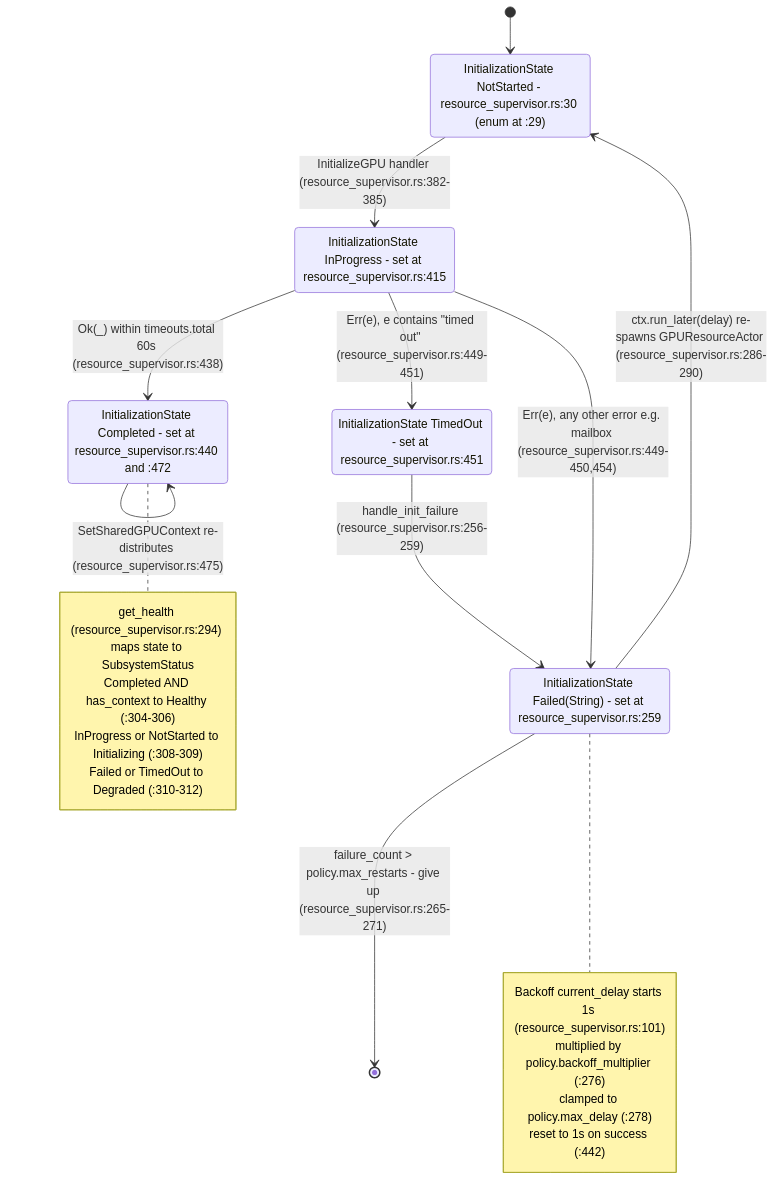
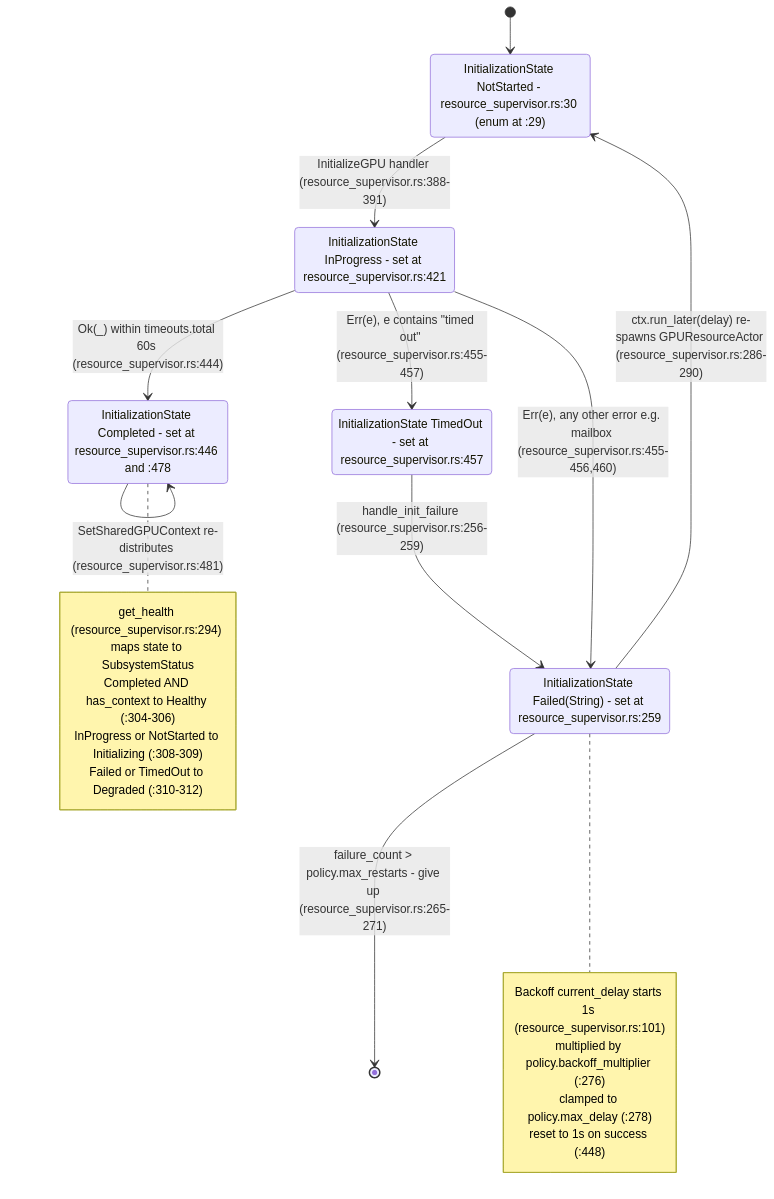
Before and after one commit to DreamLab-AI/VisionFlow: the fourth of 8 diagrams in docs/diagrams/visionclaw/10-gpu-supervision-and-context-bus.md, drawn with Mermaid. The commit also changed other lines of this file and 160 other files, not shown here.

````diff
--- a/docs/diagrams/visionclaw/10-gpu-supervision-and-context-bus.md
+++ b/docs/diagrams/visionclaw/10-gpu-supervision-and-context-bus.md
@@ -173,31 +174,31 @@
 ```mermaid
 stateDiagram-v2
     [*] --> NotStarted
     NotStarted: InitializationState NotStarted - resource_supervisor.rs:30 (enum at :29)
-    InProgress: InitializationState InProgress - set at resource_supervisor.rs:415
-    Completed: InitializationState Completed - set at resource_supervisor.rs:440 and :472
+    InProgress: InitializationState InProgress - set at resource_supervisor.rs:421
+    Completed: InitializationState Completed - set at resource_supervisor.rs:446 and :478
     Failed: InitializationState Failed(String) - set at resource_supervisor.rs:259
-    TimedOut: InitializationState TimedOut - set at resource_supervisor.rs:451
+    TimedOut: InitializationState TimedOut - set at resource_supervisor.rs:457
 
-    NotStarted --> InProgress: InitializeGPU handler (resource_supervisor.rs:382-385)
-    InProgress --> Completed: Ok(_) within timeouts.total 60s (resource_supervisor.rs:438)
-    InProgress --> TimedOut: Err(e), e contains "timed out" (resource_supervisor.rs:449-451)
-    InProgress --> Failed: Err(e), any other error e.g. mailbox (resource_supervisor.rs:449-450,454)
+    NotStarted --> InProgress: InitializeGPU handler (resource_supervisor.rs:388-391)
+    InProgress --> Completed: Ok(_) within timeouts.total 60s (resource_supervisor.rs:444)
+    InProgress --> TimedOut: Err(e), e contains "timed out" (resource_supervisor.rs:455-457)
+    InProgress --> Failed: Err(e), any other error e.g. mailbox (resource_supervisor.rs:455-456,460)
     TimedOut --> Failed: handle_init_failure (resource_supervisor.rs:256-259)
     Failed --> NotStarted: ctx.run_later(delay) re-spawns GPUResourceActor (resource_supervisor.rs:286-290)
     Failed --> [*]: failure_count > policy.max_restarts - give up (resource_supervisor.rs:265-271)
-    Completed --> Completed: SetSharedGPUContext re-distributes (resource_supervisor.rs:475)
+    Completed --> Completed: SetSharedGPUContext re-distributes (resource_supervisor.rs:481)
 
     note right of Failed
         Backoff current_delay starts 1s (resource_supervisor.rs:101)
         multiplied by policy.backoff_multiplier (:276)
         clamped to policy.max_delay (:278)
-        reset to 1s on success (:442)
+        reset to 1s on success (:448)
     end note
     note right of Completed
         get_health (resource_supervisor.rs:294) maps state to SubsystemStatus
         Completed AND has_context to Healthy (:304-306)
         InProgress or NotStarted to Initializing (:308-309)
         Failed or TimedOut to Degraded (:310-312)
     end note
 ```
````
